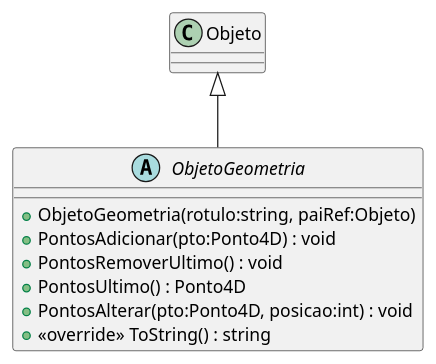
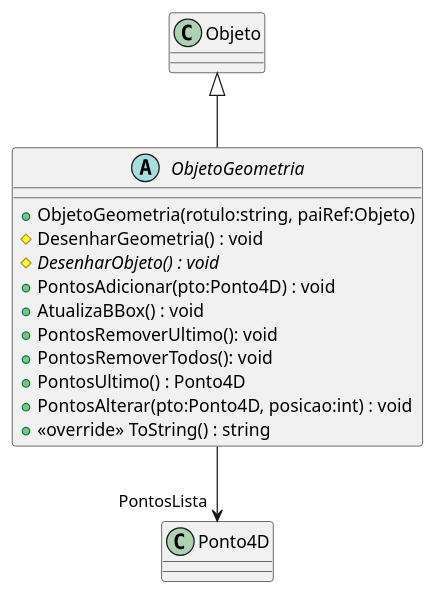
The diagram in unidade_3/CG_N2/plantuml/ObjetoGeometria.wsd (gfibrantz/disciplinaCg_2022-1_mat_equipe-01), drawn with PlantUML before and after one commit. The commit also changed 4 other files, not shown here.

Commit message:
inicio plantuml

```diff
--- a/unidade_3/CG_N2/plantuml/ObjetoGeometria.wsd
+++ b/unidade_3/CG_N2/plantuml/ObjetoGeometria.wsd
@@ -1,11 +1,16 @@
 @startuml ObjetoGeometria
 abstract class ObjetoGeometria {
     + ObjetoGeometria(rotulo:string, paiRef:Objeto)
+    # DesenharGeometria() : void
+    # {abstract} DesenharObjeto() : void
     + PontosAdicionar(pto:Ponto4D) : void
-    + PontosRemoverUltimo() : void
+    + AtualizaBBox() : void
+    + PontosRemoverUltimo(): void
+    + PontosRemoverTodos(): void
     + PontosUltimo() : Ponto4D
     + PontosAlterar(pto:Ponto4D, posicao:int) : void
     + <<override>> ToString() : string
 }
 Objeto <|-- ObjetoGeometria
+ObjetoGeometria --> "PontosLista" Ponto4D
 @enduml
```
